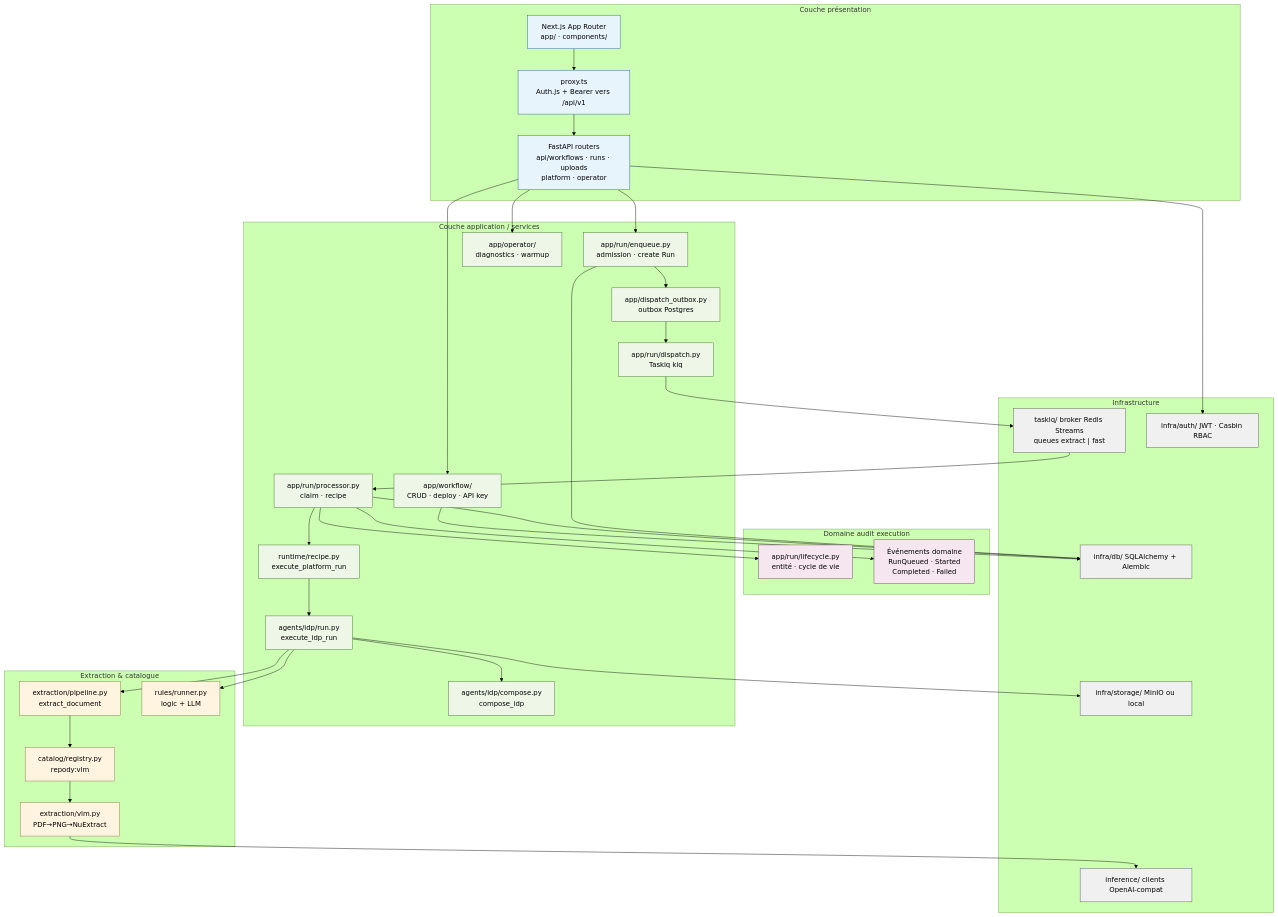
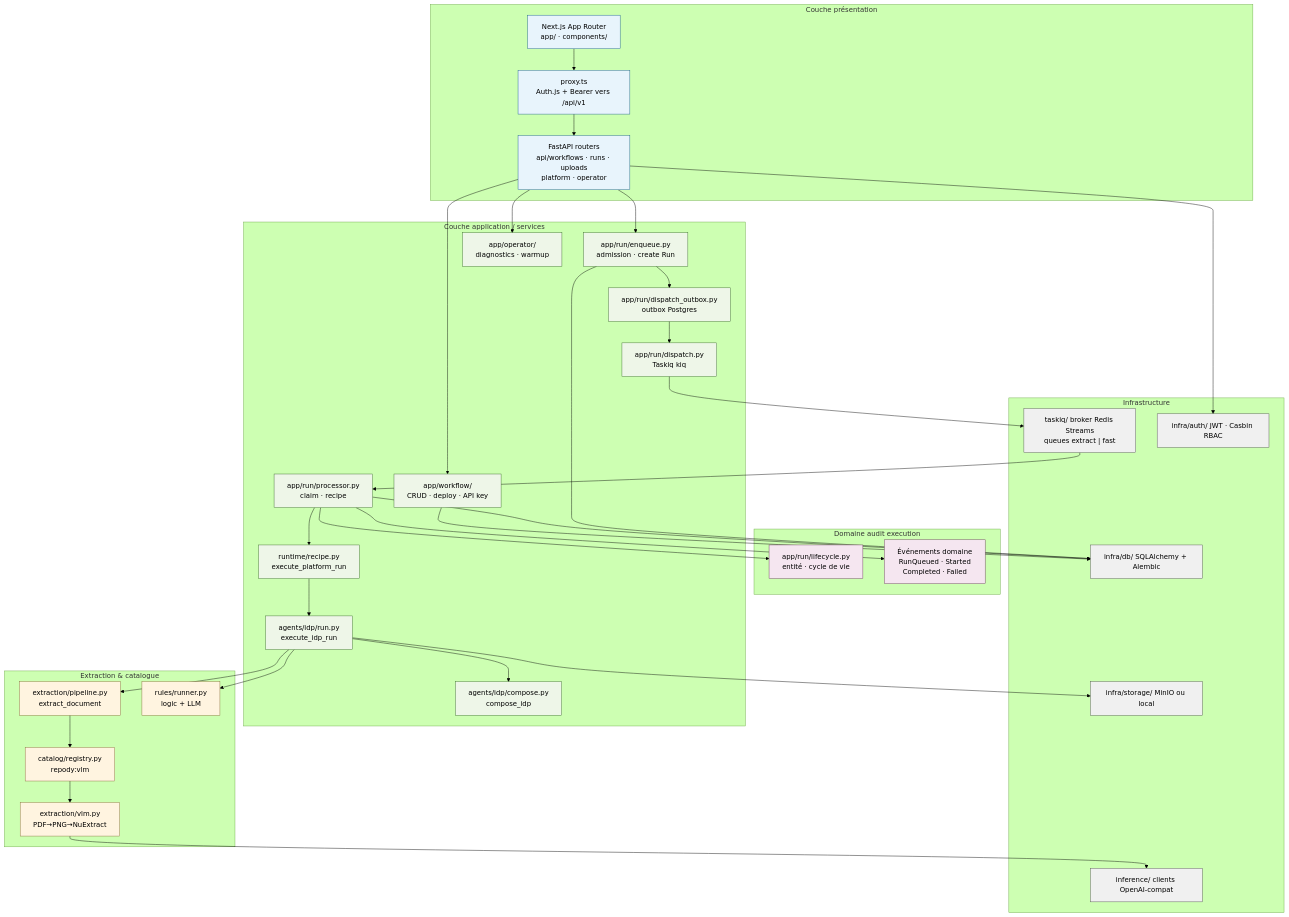
The diagram in docs/diagrams/architecture-backend-couches.mmd (MehdiGououiad/repody), drawn with Mermaid (forest theme) before and after one commit. The commit also changed 34 other files, not shown here.

```diff
--- a/docs/diagrams/architecture-backend-couches.mmd
+++ b/docs/diagrams/architecture-backend-couches.mmd
@@ -1,70 +1,70 @@
 %% Couches backend + contextes bornés Repody
 %% Éditable : Mermaid flowchart
 %% Doc : CONTEXT.md · docs/BACKEND.md · ADR 003
 
 flowchart TB
   subgraph Presentation["Couche présentation"]
     Next["Next.js App Router<br/>app/ · components/"]
     Proxy["proxy.ts<br/>Auth.js + Bearer vers /api/v1"]
     APIRouters["FastAPI routers<br/>api/workflows · runs · uploads<br/>platform · operator"]
   end
 
   subgraph Application["Couche application / services"]
     WFSvc["app/workflow/<br/>CRUD · deploy · API key"]
     RunEnq["app/run/enqueue.py<br/>admission · create Run"]
-    Outbox["app/dispatch_outbox.py<br/>outbox Postgres"]
+    Outbox["app/run/dispatch_outbox.py<br/>outbox Postgres"]
     Dispatch["app/run/dispatch.py<br/>Taskiq kiq"]
     RunProc["app/run/processor.py<br/>claim · recipe"]
     PlatformOrch["runtime/recipe.py<br/>execute_platform_run"]
     IdpRun["agents/idp/run.py<br/>execute_idp_run"]
     IdpCompose["agents/idp/compose.py<br/>compose_idp"]
     OpSvc["app/operator/<br/>diagnostics · warmup"]
   end
 
   subgraph Domaine["Domaine audit execution"]
     Domain["app/run/lifecycle.py<br/>entité · cycle de vie"]
     Events["Événements domaine<br/>RunQueued · Started<br/>Completed · Failed"]
   end
 
   subgraph Extraction["Extraction & catalogue"]
     Pipe["extraction/pipeline.py<br/>extract_document"]
     Catalog["catalog/registry.py<br/>repody:vlm"]
     VLM["extraction/vlm.py<br/>PDF→PNG→NuExtract"]
     Rules["rules/runner.py<br/>logic + LLM"]
   end
 
   subgraph Infra["Infrastructure"]
     DB["infra/db/ SQLAlchemy + Alembic"]
     Storage["infra/storage/ MinIO ou local"]
     Taskiq["taskiq/ broker Redis Streams<br/>queues extract | fast"]
     InfClient["inference/ clients OpenAI-compat"]
     Auth["infra/auth/ JWT · Casbin RBAC"]
   end
 
   Next --> Proxy --> APIRouters
   APIRouters --> WFSvc
   APIRouters --> RunEnq
   APIRouters --> Auth
   RunEnq --> Outbox --> Dispatch --> Taskiq
   Taskiq --> RunProc
   RunProc --> Domain
   RunProc --> PlatformOrch --> IdpRun --> IdpCompose
   IdpRun --> Pipe --> Catalog --> VLM --> InfClient
   IdpRun --> Rules
   RunProc --> Events
   IdpRun --> Storage
   RunEnq --> DB
   RunProc --> DB
   WFSvc --> DB
   APIRouters --> OpSvc
 
   classDef ui fill:#e8f4fc,stroke:#1a5f8a
   classDef svc fill:#eef6e8,stroke:#3d6b2f
   classDef dom fill:#f5e6f0,stroke:#6b3d5a
   classDef ext fill:#fff4e0,stroke:#8a6d3b
   classDef inf fill:#f0f0f0,stroke:#555
   class Next,Proxy,APIRouters ui
   class WFSvc,RunEnq,Outbox,Dispatch,RunProc,PlatformOrch,IdpRun,IdpCompose,OpSvc svc
   class Domain,Events dom
   class Pipe,Catalog,VLM,Rules ext
   class DB,Storage,Taskiq,InfClient,Auth inf
```
